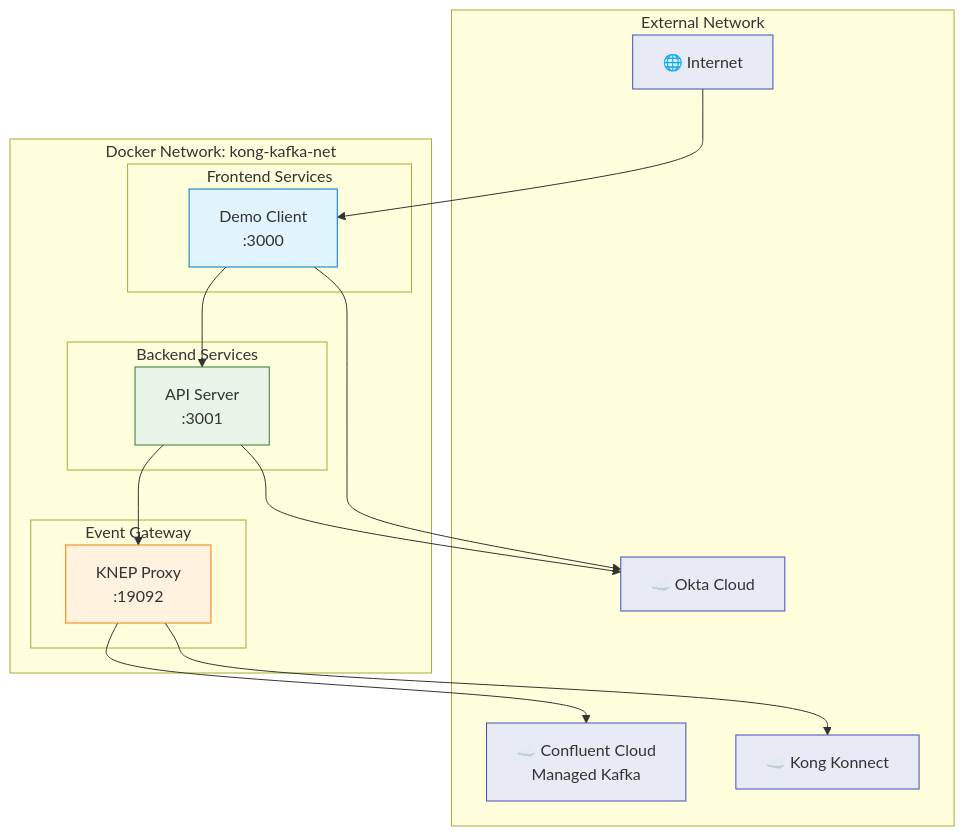
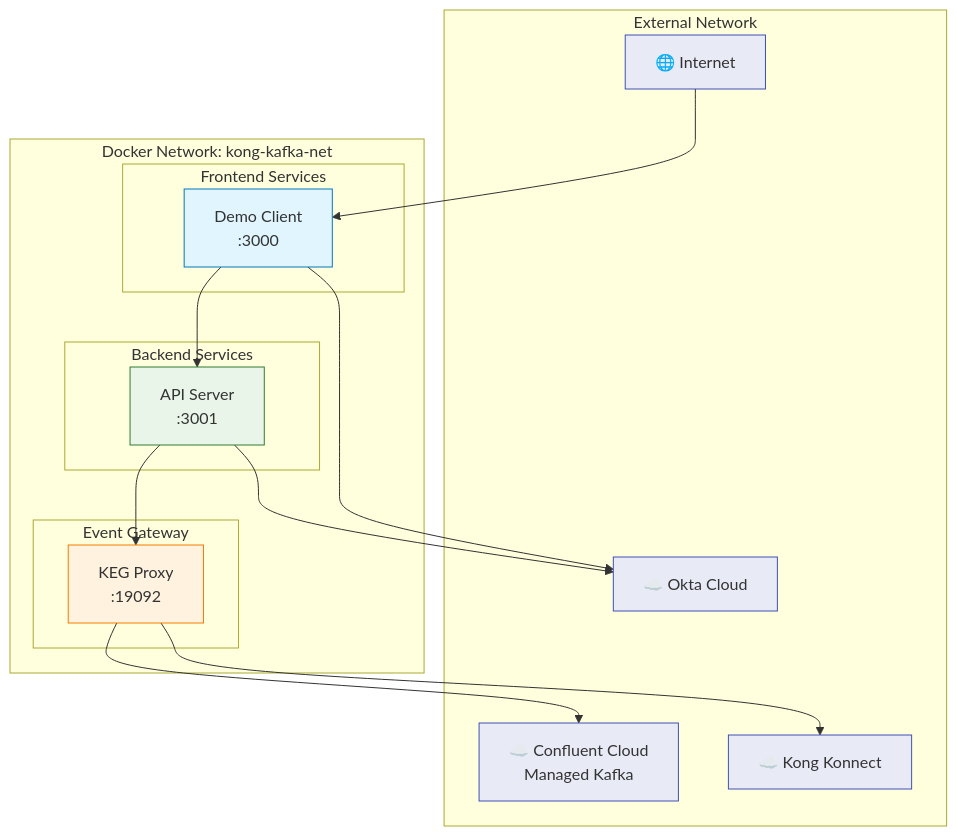
The fifth of 5 diagrams in README.md (hguerrero/kong-event-gw-okta-demo), drawn with Mermaid before and after one commit. The commit also changed other lines of this file and 8 other files, not shown here.

Commit message:
Refactor references from KNEP to KEG across documentation and configuration files

````diff
--- a/README.md
+++ b/README.md
@@ -190,41 +190,41 @@
 ```mermaid
 graph TB
     subgraph "External Network"
         Internet[🌐 Internet]
         OktaCloud[☁️ Okta Cloud]
         KonnectCloud[☁️ Kong Konnect]
         ConfluentCloud[☁️ Confluent Cloud<br/>Managed Kafka]
     end
 
     subgraph "Docker Network: kong-kafka-net"
         subgraph "Frontend Services"
             DemoApp[Demo Client<br/>:3000]
         end
 
         subgraph "Backend Services"
             APIGateway[API Server<br/>:3001]
         end
 
         subgraph "Event Gateway"
-            KNEP[KNEP Proxy<br/>:19092]
+            KEG[KEG Proxy<br/>:19092]
         end
     end
 
     Internet --> DemoApp
     DemoApp --> OktaCloud
     DemoApp --> APIGateway
     APIGateway --> OktaCloud
-    APIGateway --> KNEP
-    KNEP --> KonnectCloud
-    KNEP --> ConfluentCloud
+    APIGateway --> KEG
+    KEG --> KonnectCloud
+    KEG --> ConfluentCloud
 
     classDef external fill:#e8eaf6,stroke:#3f51b5
     classDef frontend fill:#e1f5fe,stroke:#0277bd
     classDef backend fill:#e8f5e8,stroke:#2e7d32
     classDef gateway fill:#fff3e0,stroke:#f57c00
 
     class Internet,OktaCloud,KonnectCloud,ConfluentCloud external
     class DemoApp frontend
     class APIGateway backend
-    class KNEP gateway
+    class KEG gateway
 ```
````
